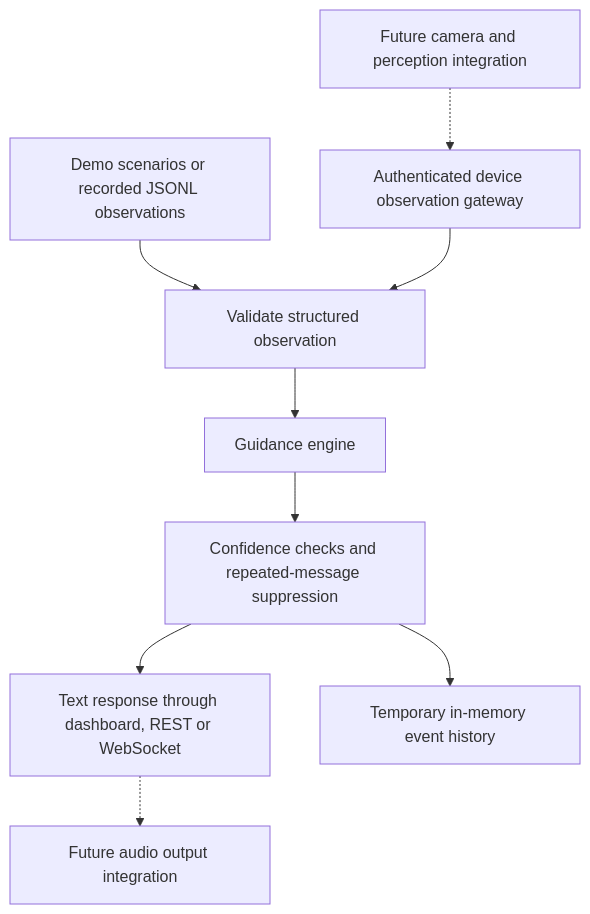
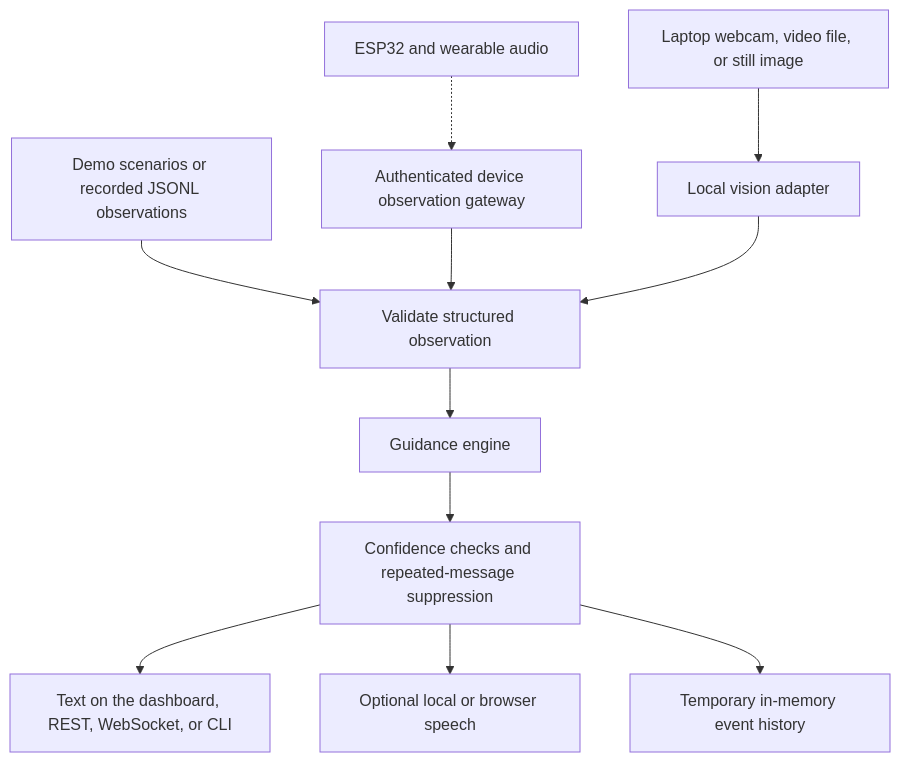
The diagram in README.md (DresdenGman/AIGlasses_for_navigation), drawn with Mermaid before and after one commit. The commit also changed other lines of this file and 33 other files, not shown here.

First line of the commit message:
Add a laptop camera path into the guidance demo (#9)

````diff
--- a/README.md
+++ b/README.md
@@ -117,11 +117,13 @@
 ```mermaid
 flowchart TD
     A[Demo scenarios or recorded JSONL observations] --> C[Validate structured observation]
     B[Authenticated device observation gateway] --> C
+    W[Laptop webcam, video file, or still image] --> P[Local vision adapter]
+    P --> C
     C --> D[Guidance engine]
     D --> E[Confidence checks and repeated-message suppression]
-    E --> F[Text response through dashboard, REST or WebSocket]
+    E --> F[Text on the dashboard, REST, WebSocket, or CLI]
+    E --> S[Optional local or browser speech]
     E --> G[Temporary in-memory event history]
-    H[Future camera and perception integration] -.-> B
-    F -.-> I[Future audio output integration]
+    H[ESP32 and wearable audio] -.-> B
 ```
````
